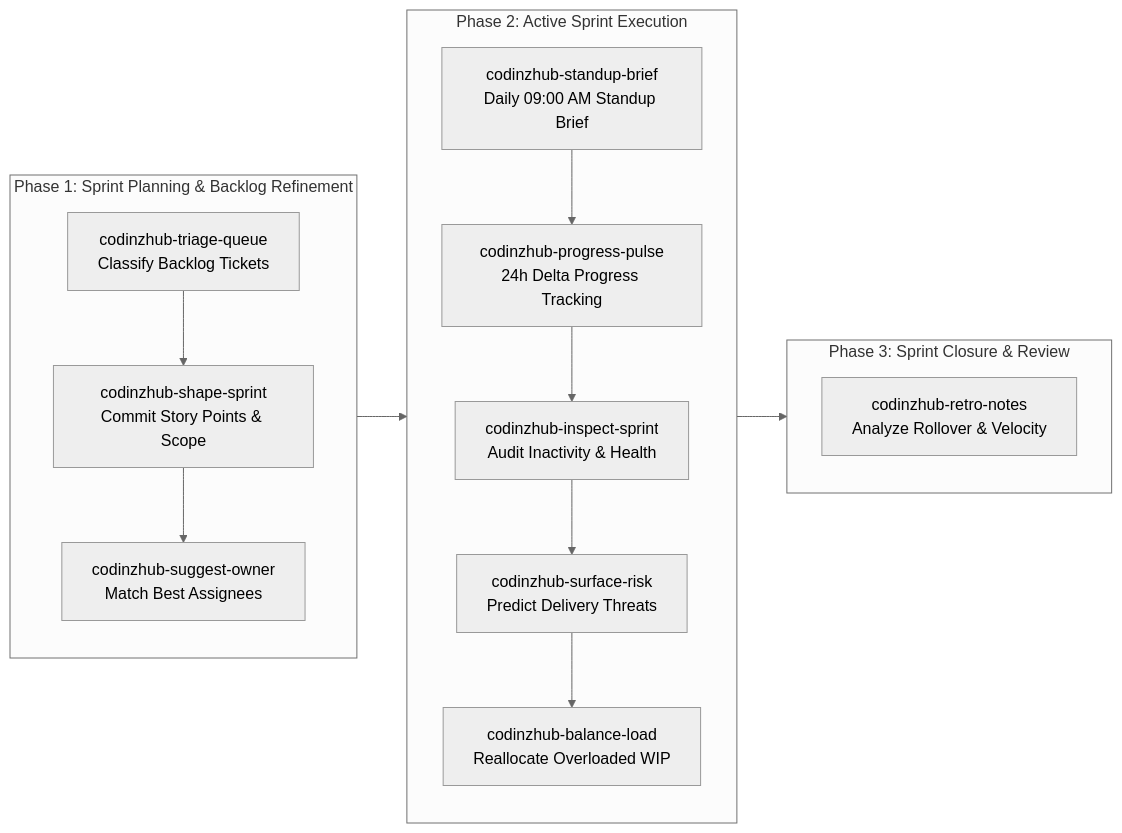
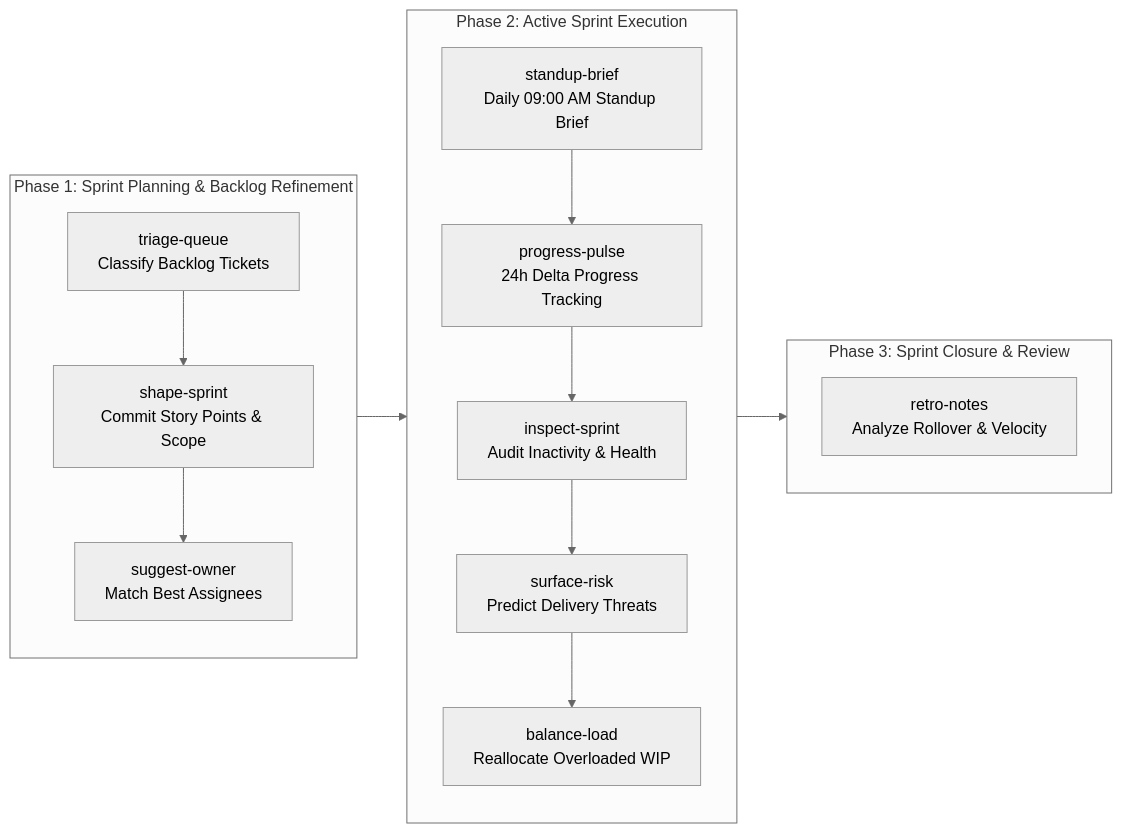
Before and after one commit to Rohinth-S/SprintHelm: the second of 4 diagrams in README.md, drawn with Mermaid (neutral theme). The commit also changed other lines of this file and 31 other files, not shown here.

````diff
--- a/README.md
+++ b/README.md
@@ -123,23 +123,23 @@
 ```mermaid
 flowchart LR
     subgraph PreSprint["Phase 1: Sprint Planning & Backlog Refinement"]
         direction TB
-        M1["codinzhub-triage-queue\nClassify Backlog Tickets"] --> M2["codinzhub-shape-sprint\nCommit Story Points & Scope"]
-        M2 --> M3["codinzhub-suggest-owner\nMatch Best Assignees"]
+        M1["triage-queue\nClassify Backlog Tickets"] --> M2["shape-sprint\nCommit Story Points & Scope"]
+        M2 --> M3["suggest-owner\nMatch Best Assignees"]
     end
 
     subgraph ActiveSprint["Phase 2: Active Sprint Execution"]
         direction TB
-        M4["codinzhub-standup-brief\nDaily 09:00 AM Standup Brief"] --> M5["codinzhub-progress-pulse\n24h Delta Progress Tracking"]
-        M5 --> M6["codinzhub-inspect-sprint\nAudit Inactivity & Health"]
-        M6 --> M7["codinzhub-surface-risk\nPredict Delivery Threats"]
-        M7 --> M8["codinzhub-balance-load\nReallocate Overloaded WIP"]
+        M4["standup-brief\nDaily 09:00 AM Standup Brief"] --> M5["progress-pulse\n24h Delta Progress Tracking"]
+        M5 --> M6["inspect-sprint\nAudit Inactivity & Health"]
+        M6 --> M7["surface-risk\nPredict Delivery Threats"]
+        M7 --> M8["balance-load\nReallocate Overloaded WIP"]
     end
 
     subgraph CloseSprint["Phase 3: Sprint Closure & Review"]
         direction TB
-        M9["codinzhub-retro-notes\nAnalyze Rollover & Velocity"]
+        M9["retro-notes\nAnalyze Rollover & Velocity"]
     end
 
     PreSprint --> ActiveSprint --> CloseSprint
 ```
````
